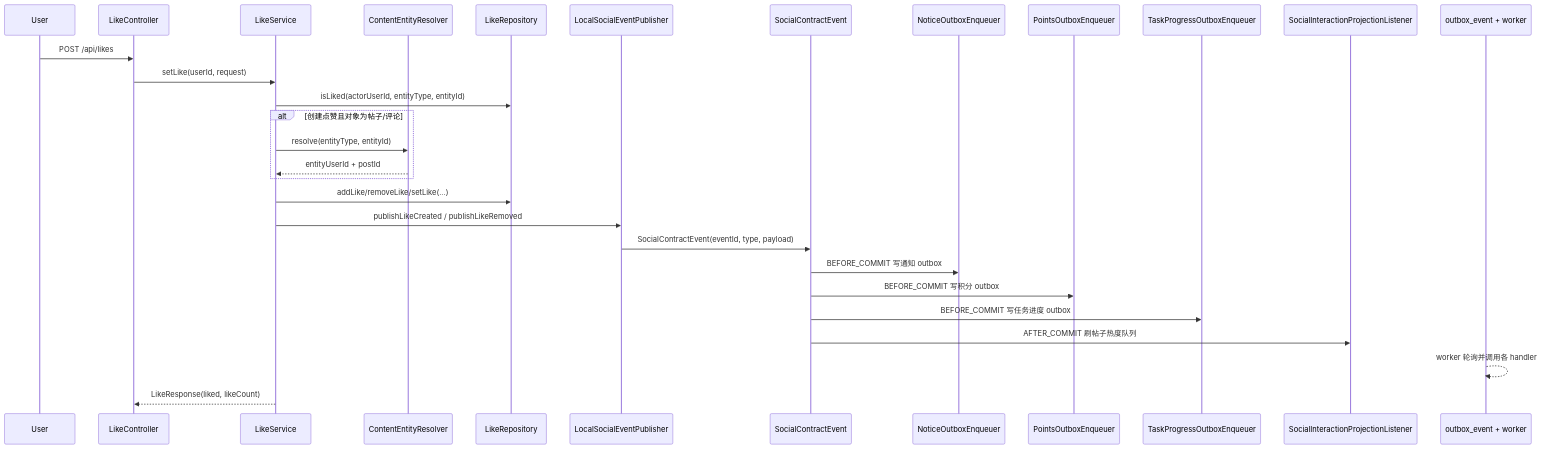
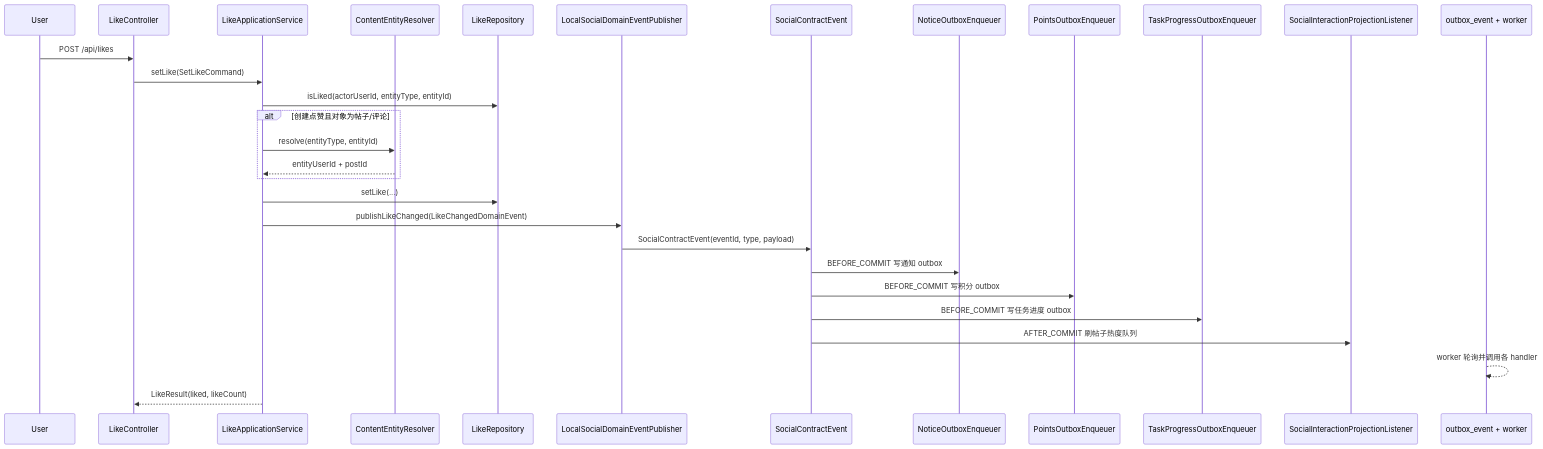
Before and after one commit to skt-shinyruo/community: the diagram in docs/business-logic/social-like-follow-outbox-flow.md, drawn with Mermaid. The commit also changed other lines of this file and 1430 other files, not shown here.

````diff
--- a/docs/business-logic/social-like-follow-outbox-flow.md
+++ b/docs/business-logic/social-like-follow-outbox-flow.md
@@ -107,32 +109,32 @@
 ```mermaid
 sequenceDiagram
     participant U as User
     participant API as LikeController
-    participant SVC as LikeService
+    participant SVC as LikeApplicationService
     participant RES as ContentEntityResolver
     participant REPO as LikeRepository
-    participant PUB as LocalSocialEventPublisher
+    participant PUB as LocalSocialDomainEventPublisher
     participant EVT as SocialContractEvent
     participant N as NoticeOutboxEnqueuer
     participant P as PointsOutboxEnqueuer
     participant T as TaskProgressOutboxEnqueuer
     participant SCORE as SocialInteractionProjectionListener
     participant OUTBOX as outbox_event + worker
 
     U->>API: POST /api/likes
-    API->>SVC: setLike(userId, request)
+    API->>SVC: setLike(SetLikeCommand)
     SVC->>REPO: isLiked(actorUserId, entityType, entityId)
     alt 创建点赞且对象为帖子/评论
         SVC->>RES: resolve(entityType, entityId)
         RES-->>SVC: entityUserId + postId
     end
-    SVC->>REPO: addLike/removeLike/setLike(...)
-    SVC->>PUB: publishLikeCreated / publishLikeRemoved
+    SVC->>REPO: setLike(...)
+    SVC->>PUB: publishLikeChanged(LikeChangedDomainEvent)
     PUB->>EVT: SocialContractEvent(eventId, type, payload)
     EVT->>N: BEFORE_COMMIT 写通知 outbox
     EVT->>P: BEFORE_COMMIT 写积分 outbox
     EVT->>T: BEFORE_COMMIT 写任务进度 outbox
     EVT->>SCORE: AFTER_COMMIT 刷帖子热度队列
     OUTBOX-->>OUTBOX: worker 轮询并调用各 handler
-    SVC-->>API: LikeResponse(liked, likeCount)
+    SVC-->>API: LikeResult(liked, likeCount)
 ```
````
